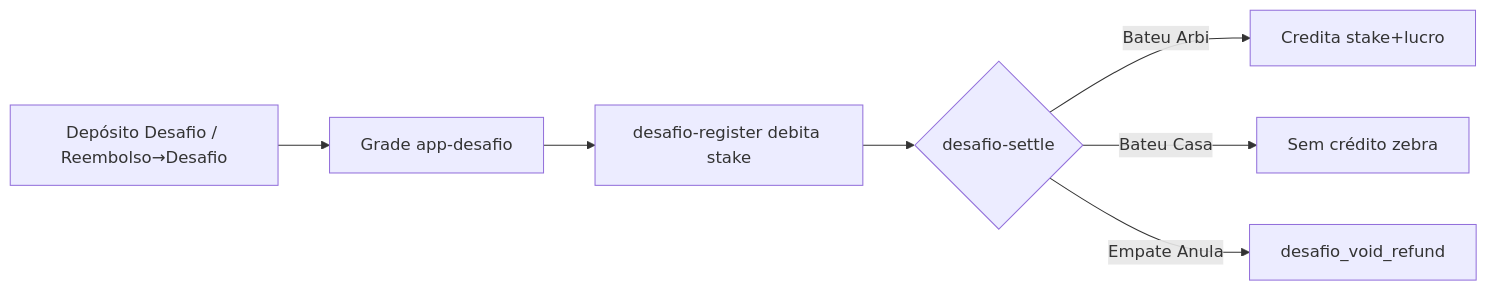
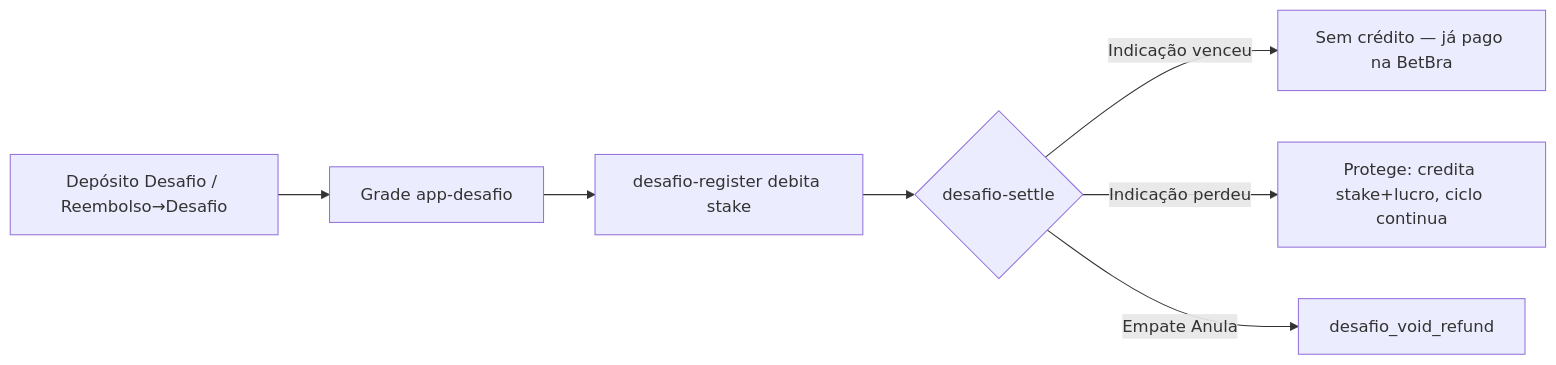
Before and after one commit to isaacgomes3/futgreen: the second of 2 diagrams in docs/FUNCIONAMENTO_DESAFIO_E_PROTECAO.md, drawn with Mermaid. The commit also changed other lines of this file and 9 other files, not shown here.

First line of the commit message:
fix(desafio): inverter crédito da liquidação — só protege quando a indicação perde; v1.4.0

````diff
--- a/docs/FUNCIONAMENTO_DESAFIO_E_PROTECAO.md
+++ b/docs/FUNCIONAMENTO_DESAFIO_E_PROTECAO.md
@@ -318,9 +324,9 @@
 ```mermaid
 flowchart LR
   A[Depósito Desafio / Reembolso→Desafio] --> B[Grade app-desafio]
   B --> C[desafio-register debita stake]
   C --> D{desafio-settle}
-  D -->|Bateu Arbi| E[Credita stake+lucro]
-  D -->|Bateu Casa| F[Sem crédito zebra]
+  D -->|Indicação venceu| E[Sem crédito — já pago na BetBra]
+  D -->|Indicação perdeu| F[Protege: credita stake+lucro, ciclo continua]
   D -->|Empate Anula| G[desafio_void_refund]
 ```
````
